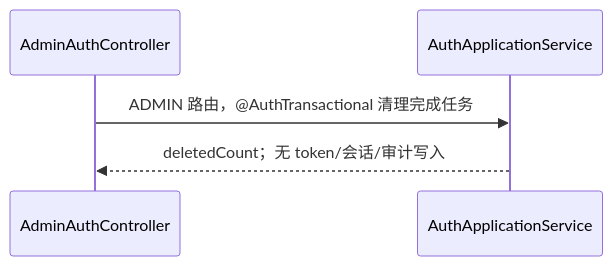
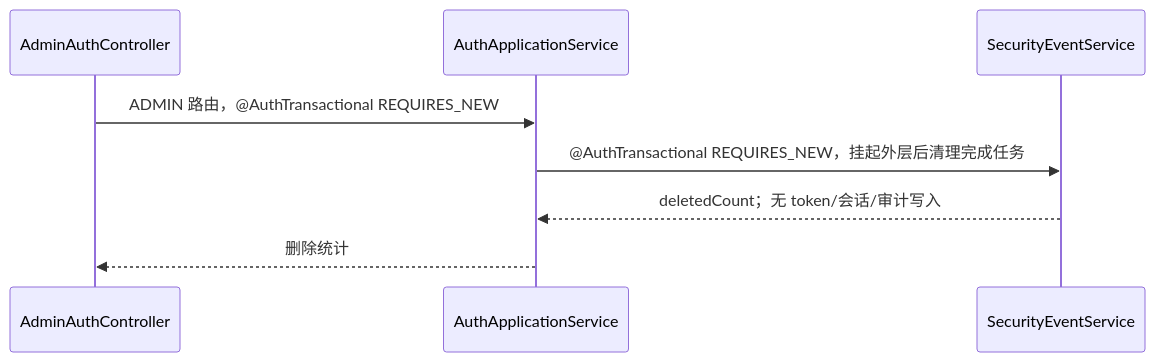
One commit to Kylinlixd/suno changed diagram 29 of 33 in docs/requirements/operations.md. Above: the diagram before and after it, drawn with Mermaid. The commit also changed other lines of this file and 2 other files, not shown here.

Commit message:
docs: clarify identity and operations transaction flows

````diff
--- a/docs/requirements/operations.md
+++ b/docs/requirements/operations.md
@@ -275,7 +305,10 @@
 ```mermaid
 sequenceDiagram
   participant C as AdminAuthController#cleanupSecurityEventsExportTasks
   participant A as AuthApplicationService#cleanupSecurityExportTasks
-  C->>A: ADMIN 路由，@AuthTransactional 清理完成任务
-  A-->>C: deletedCount；无 token/会话/审计写入
+  participant S as SecurityEventService#cleanupSecurityExportTasks
+  C->>A: ADMIN 路由，@AuthTransactional REQUIRES_NEW
+  A->>S: @AuthTransactional REQUIRES_NEW，挂起外层后清理完成任务
+  S-->>A: deletedCount；无 token/会话/审计写入
+  A-->>C: 删除统计
 ```
````
